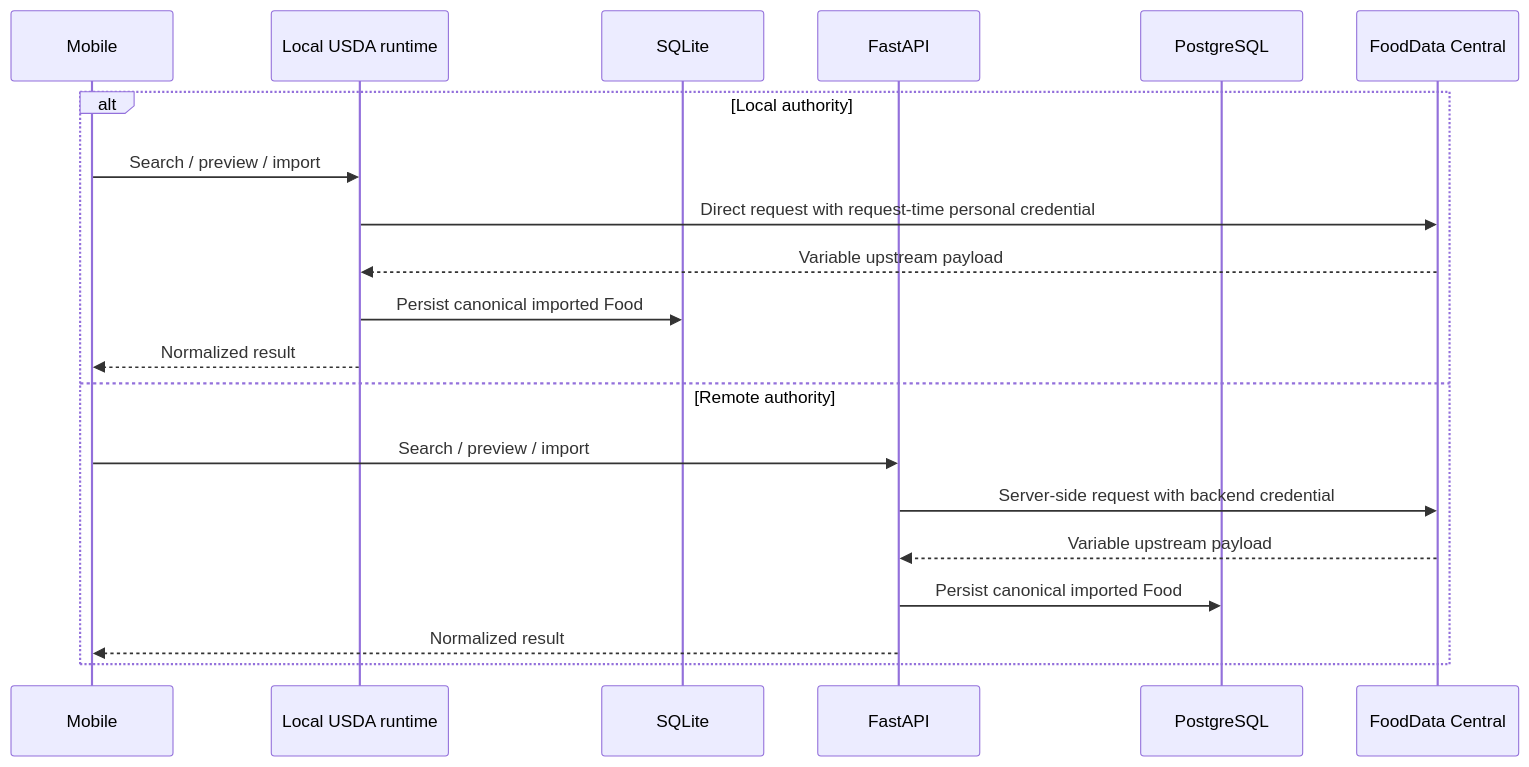
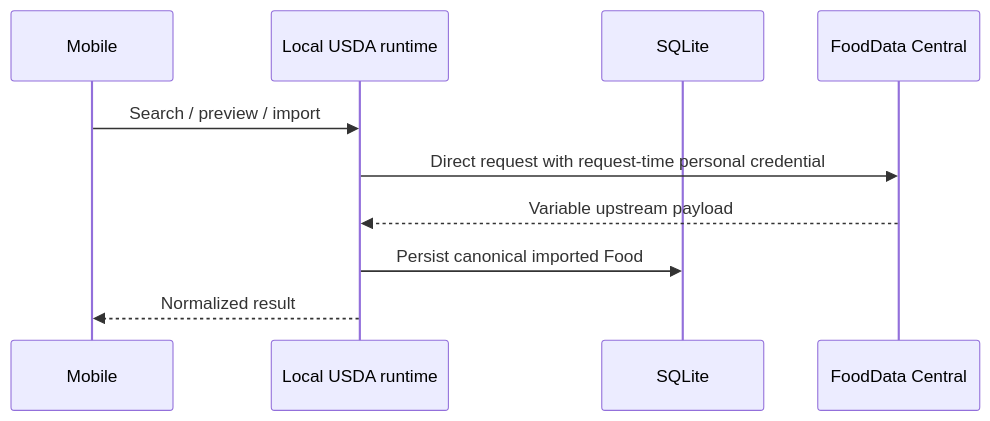
One commit to MitCaine/Nutrition-App changed the second of 2 diagrams in docs/features/foods-and-nutrition.md. Above: the diagram before and after it, drawn with Mermaid. The commit also changed other lines of this file and 20 other files, not shown here.

````diff
--- a/docs/features/foods-and-nutrition.md
+++ b/docs/features/foods-and-nutrition.md
@@ -134,23 +132,13 @@
 ```mermaid
 sequenceDiagram
     participant Mobile
     participant Local as Local USDA runtime
     participant SQLite
-    participant API as FastAPI
-    participant DB as PostgreSQL
     participant USDA as FoodData Central
 
-    alt Local authority
-        Mobile->>Local: Search / preview / import
-        Local->>USDA: Direct request with request-time personal credential
-        USDA-->>Local: Variable upstream payload
-        Local->>SQLite: Persist canonical imported Food
-        Local-->>Mobile: Normalized result
-    else Remote authority
-        Mobile->>API: Search / preview / import
-        API->>USDA: Server-side request with backend credential
-        USDA-->>API: Variable upstream payload
-        API->>DB: Persist canonical imported Food
-        API-->>Mobile: Normalized result
-    end
+    Mobile->>Local: Search / preview / import
+    Local->>USDA: Direct request with request-time personal credential
+    USDA-->>Local: Variable upstream payload
+    Local->>SQLite: Persist canonical imported Food
+    Local-->>Mobile: Normalized result
 ```
````
